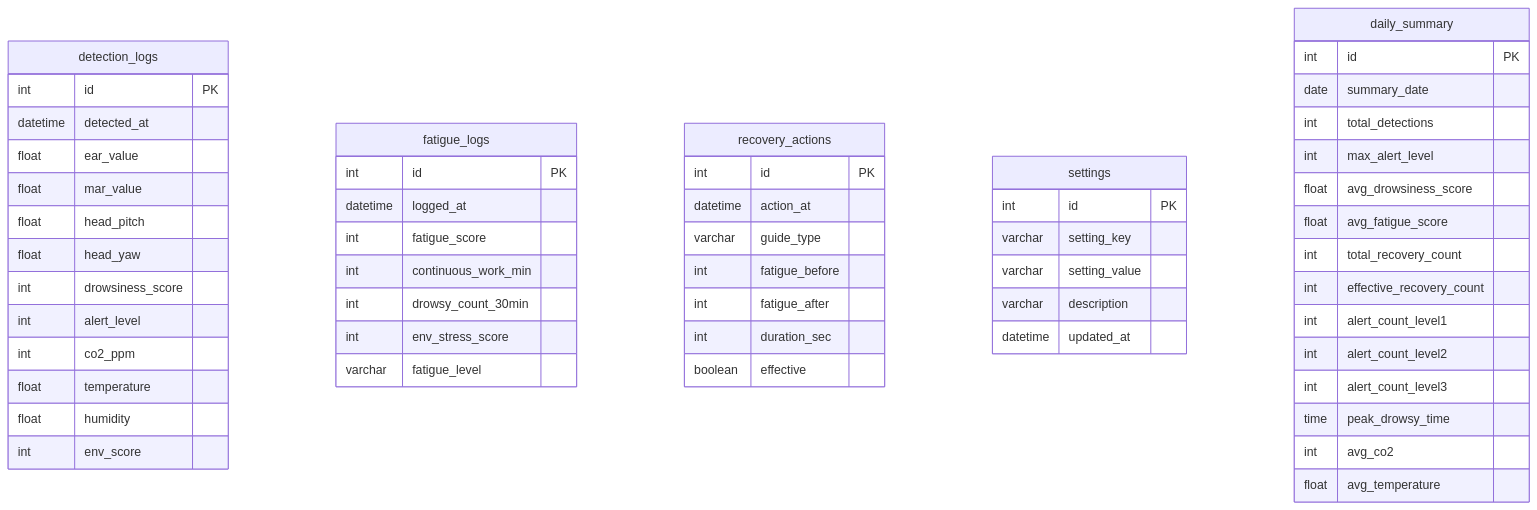
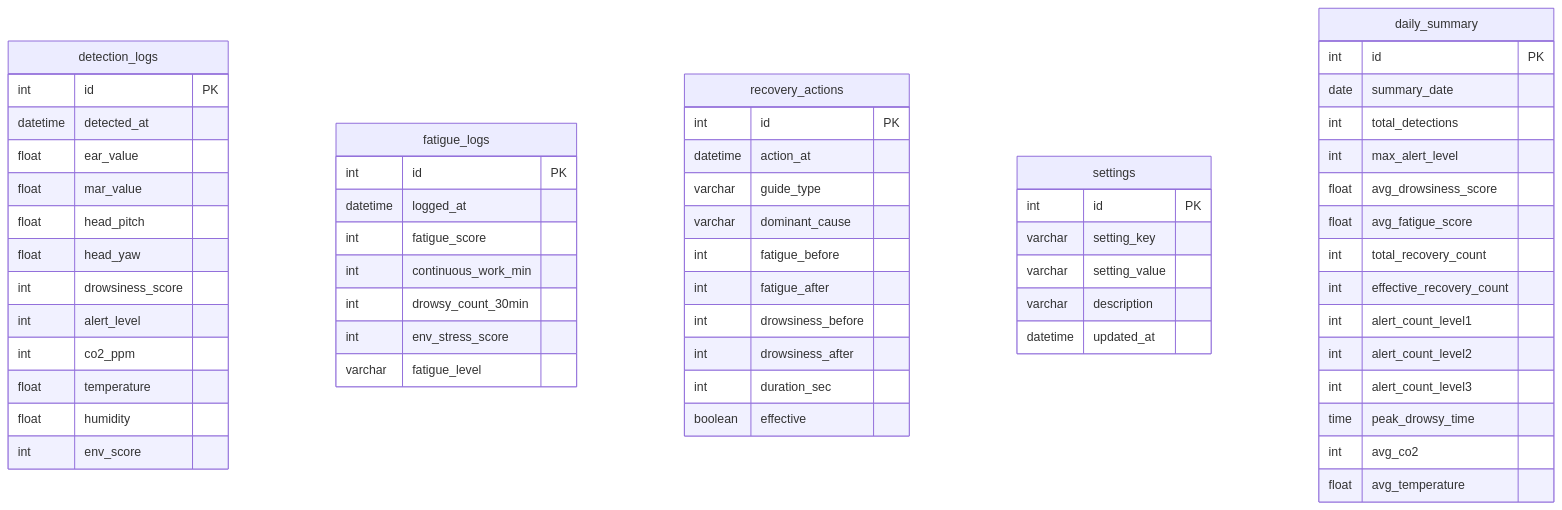
One commit to pgh165/capstone changed the ninth of 12 diagrams in project.md. Above: the diagram before and after it, drawn with Mermaid. The commit also changed other lines of this file and 5 other files, not shown here.

````diff
--- a/project.md
+++ b/project.md
@@ -646,62 +704,65 @@
 ```mermaid
 erDiagram
     detection_logs {
         int id PK
         datetime detected_at
         float ear_value
         float mar_value
         float head_pitch
         float head_yaw
         int drowsiness_score
         int alert_level
         int co2_ppm
         float temperature
         float humidity
         int env_score
     }
 
     fatigue_logs {
         int id PK
         datetime logged_at
         int fatigue_score
         int continuous_work_min
         int drowsy_count_30min
         int env_stress_score
         varchar fatigue_level
     }
 
     recovery_actions {
         int id PK
         datetime action_at
         varchar guide_type
+        varchar dominant_cause
         int fatigue_before
         int fatigue_after
+        int drowsiness_before
+        int drowsiness_after
         int duration_sec
         boolean effective
     }
 
     settings {
         int id PK
         varchar setting_key
         varchar setting_value
         varchar description
         datetime updated_at
     }
 
     daily_summary {
         int id PK
         date summary_date
         int total_detections
         int max_alert_level
         float avg_drowsiness_score
         float avg_fatigue_score
         int total_recovery_count
         int effective_recovery_count
         int alert_count_level1
         int alert_count_level2
         int alert_count_level3
         time peak_drowsy_time
         int avg_co2
         float avg_temperature
     }
 ```
````
